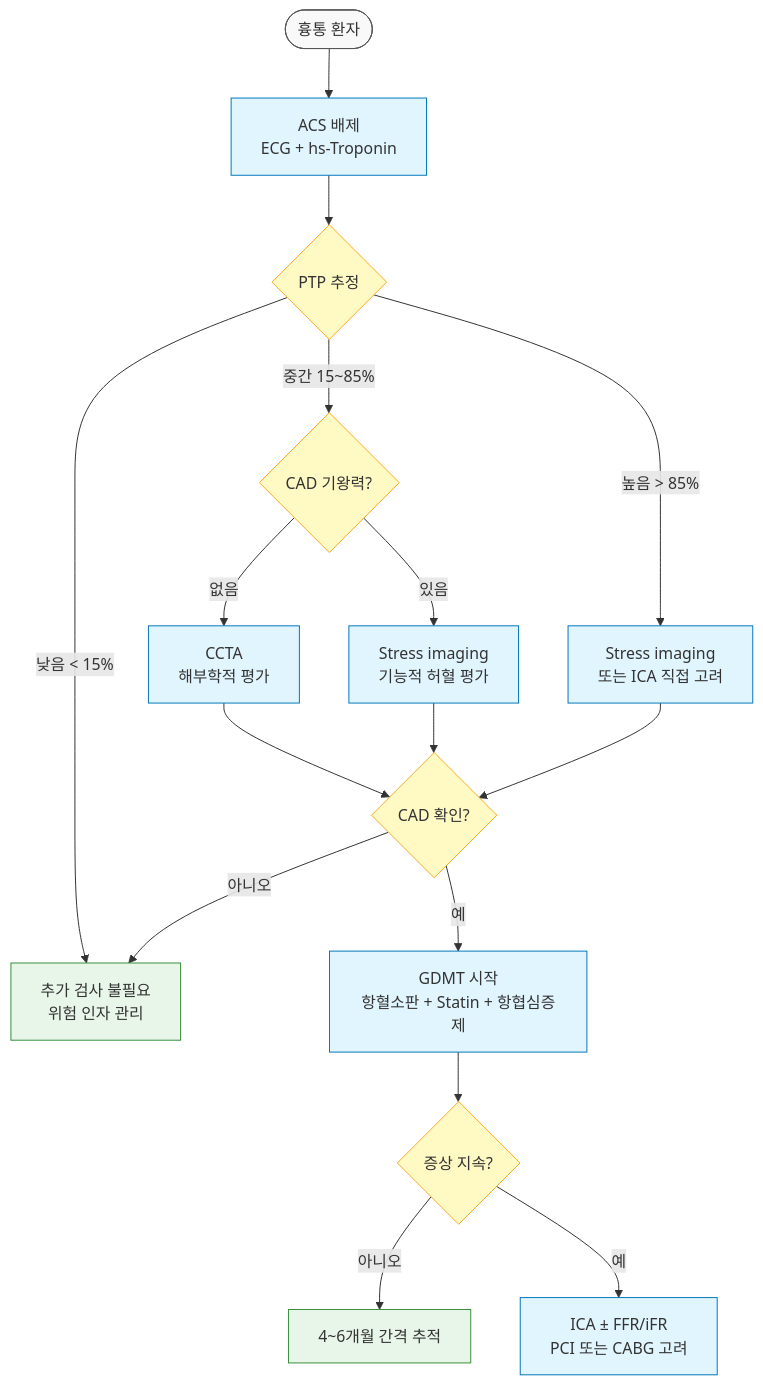
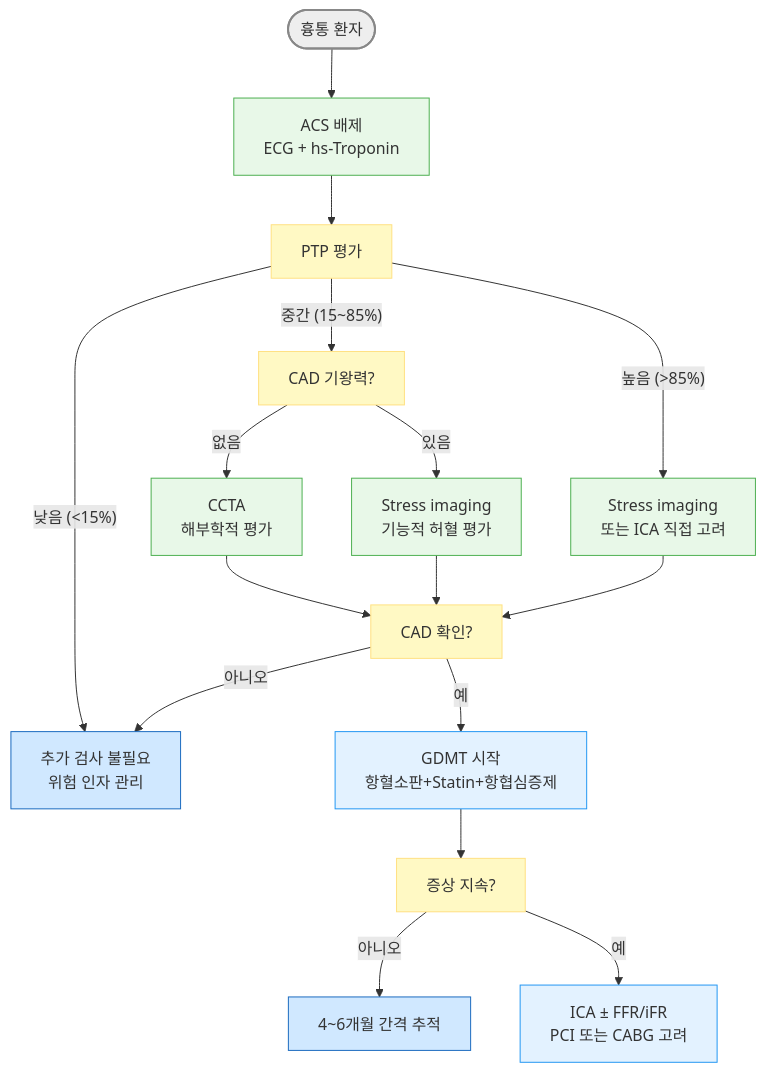
Before and after one commit to familyoh77/familyoh77: the first of 3 diagrams in 225_/097_-angina-pectoris.md, drawn with Mermaid. The commit also changed other lines of this file and 1 other file, not shown here.

````diff
--- a/225_/097_-angina-pectoris.md
+++ b/225_/097_-angina-pectoris.md
@@ -190,31 +198,28 @@
 ```mermaid
 graph TD
     A([흉통 환자]) --> B[ACS 배제\nECG + hs-Troponin]
-    B --> C{PTP 추정}
-
-    C -- 낮음 < 15% --> D[추가 검사 불필요\n위험 인자 관리]
-    C -- 중간 15~85% --> E{CAD 기왕력?}
-    C -- 높음 > 85% --> F[Stress imaging\n또는 ICA 직접 고려]
-
+    B --> C[PTP 평가]
+    C -- 낮음 (<15%) --> D[추가 검사 불필요\n위험 인자 관리]
+    C -- 중간 (15~85%) --> E[CAD 기왕력?]
+    C -- 높음 (>85%) --> F[Stress imaging\n또는 ICA 직접 고려]
     E -- 없음 --> G[CCTA\n해부학적 평가]
     E -- 있음 --> H[Stress imaging\n기능적 허혈 평가]
-
-    G --> I{CAD 확인?}
+    G --> I[CAD 확인?]
     H --> I
     F --> I
-
     I -- 아니오 --> D
-    I -- 예 --> J[GDMT 시작\n항혈소판 + Statin + 항협심증제]
-    J --> K{증상 지속?}
+    I -- 예 --> J[GDMT 시작\n항혈소판+Statin+항협심증제]
+    J --> K[증상 지속?]
     K -- 아니오 --> L[4~6개월 간격 추적]
     K -- 예 --> M[ICA ± FFR/iFR\nPCI 또는 CABG 고려]
 
-    classDef decision fill:#fff9c4,stroke:#f9a825
-    classDef action fill:#e1f5fe,stroke:#0277bd
-    classDef start fill:#f9f9f9,stroke:#555
-    classDef safe fill:#e8f5e9,stroke:#388e3c
-    class C,E,I,K decision
-    class B,F,G,H,J,M action
-    class A start
-    class D,L safe
+style A fill:#eeeeee,stroke:#888888,stroke-width:2px
+classDef lightGreen fill:#e8f8e8,stroke:#4caf50
+class B,G,H,F lightGreen
+classDef yellow fill:#fff9c4,stroke:#ffe082
+class C,E,I,K yellow
+classDef sky fill:#e3f2ff,stroke:#2196f3
+class J,M sky
+classDef blue fill:#d0e8ff,stroke:#1a6abf
+class D,L blue
 ```
````
